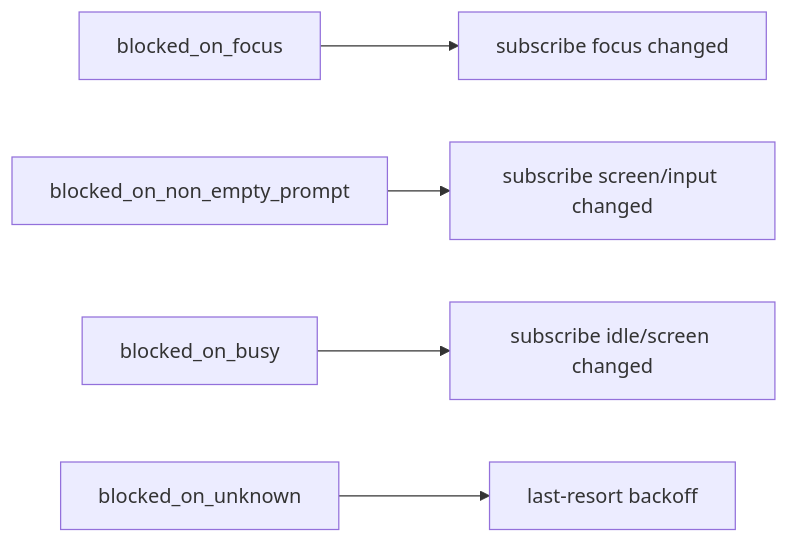
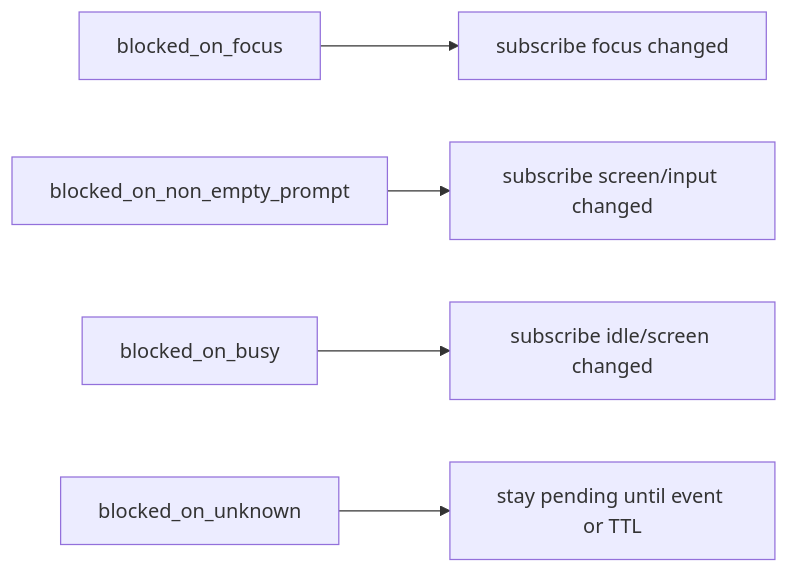
Before and after one commit to LiGoldragon/primary: the eighth of 11 diagrams in reports/operator/2026-05-07-prompt-empty-delivery-gate-design.md, drawn with Mermaid. The commit also changed other lines of this file, not shown here.

````diff
--- a/reports/operator/2026-05-07-prompt-empty-delivery-gate-design.md
+++ b/reports/operator/2026-05-07-prompt-empty-delivery-gate-design.md
@@ -524,7 +518,7 @@
 ```mermaid
 flowchart LR
     focused[blocked_on_focus] --> focusSub[subscribe focus changed]
     nonempty[blocked_on_non_empty_prompt] --> inputSub[subscribe screen/input changed]
     busy[blocked_on_busy] --> idleSub[subscribe idle/screen changed]
-    unknown[blocked_on_unknown] --> timer[last-resort backoff]
+    unknown[blocked_on_unknown] --> hold[stay pending until event or TTL]
 ```
````
